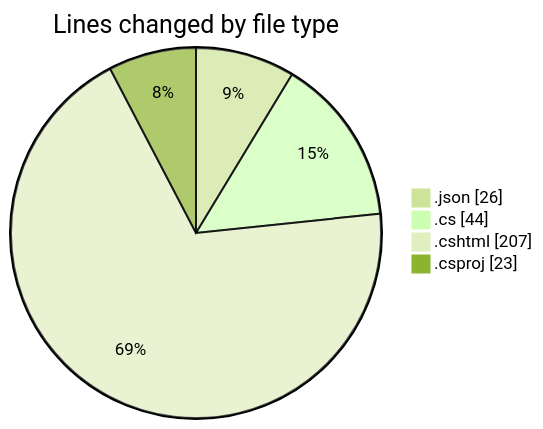
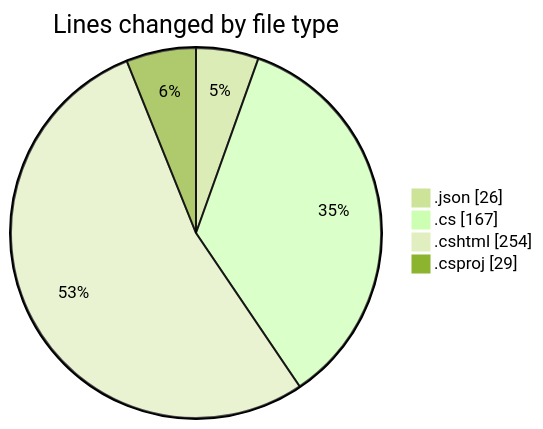
Before and after one commit to lephambinh05/code-tracking: the first of 2 diagrams in 2025-07-19/nhahang/README.md, drawn with Mermaid (forest theme). The commit also changed other lines of this file and 1 other file, not shown here.

````diff
--- a/2025-07-19/nhahang/README.md
+++ b/2025-07-19/nhahang/README.md
@@ -27,8 +30,8 @@
 ```mermaid
 pie showData
 title Lines changed by file type
 ".json" : 26
-".cs" : 44
-".cshtml" : 207
-".csproj" : 23
+".cs" : 167
+".cshtml" : 254
+".csproj" : 29
 ```
````
